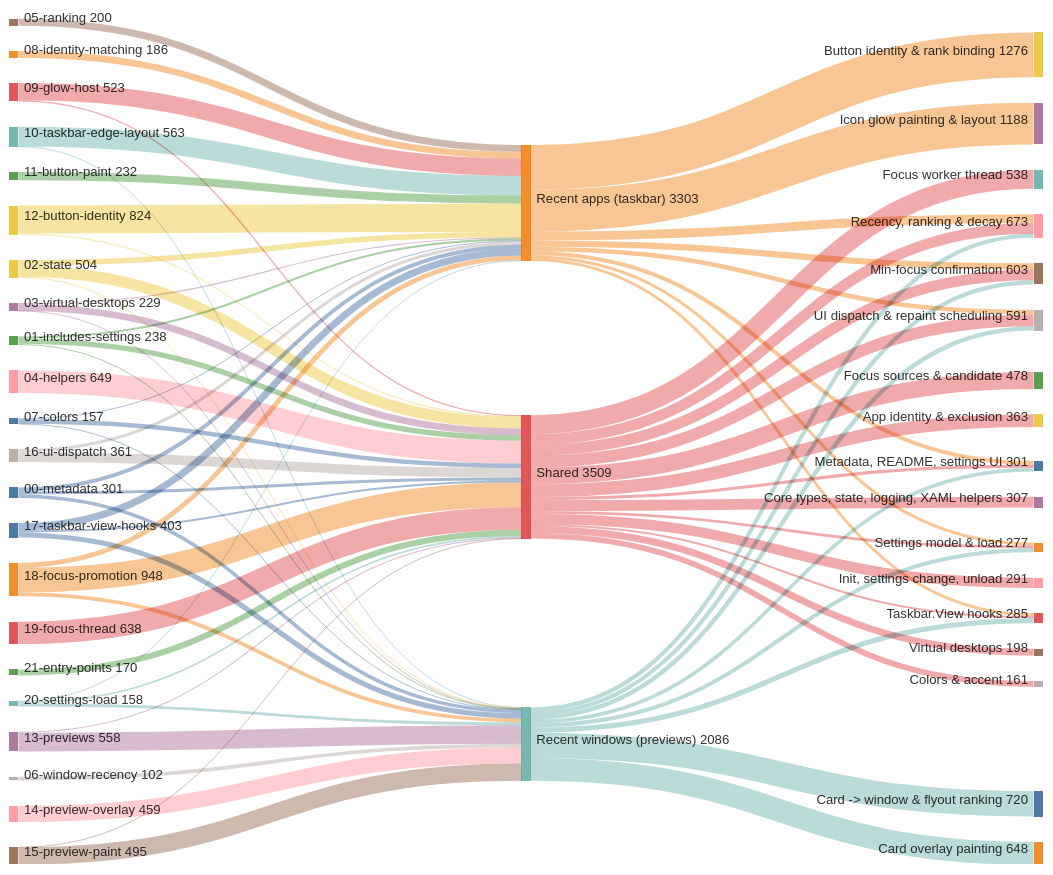
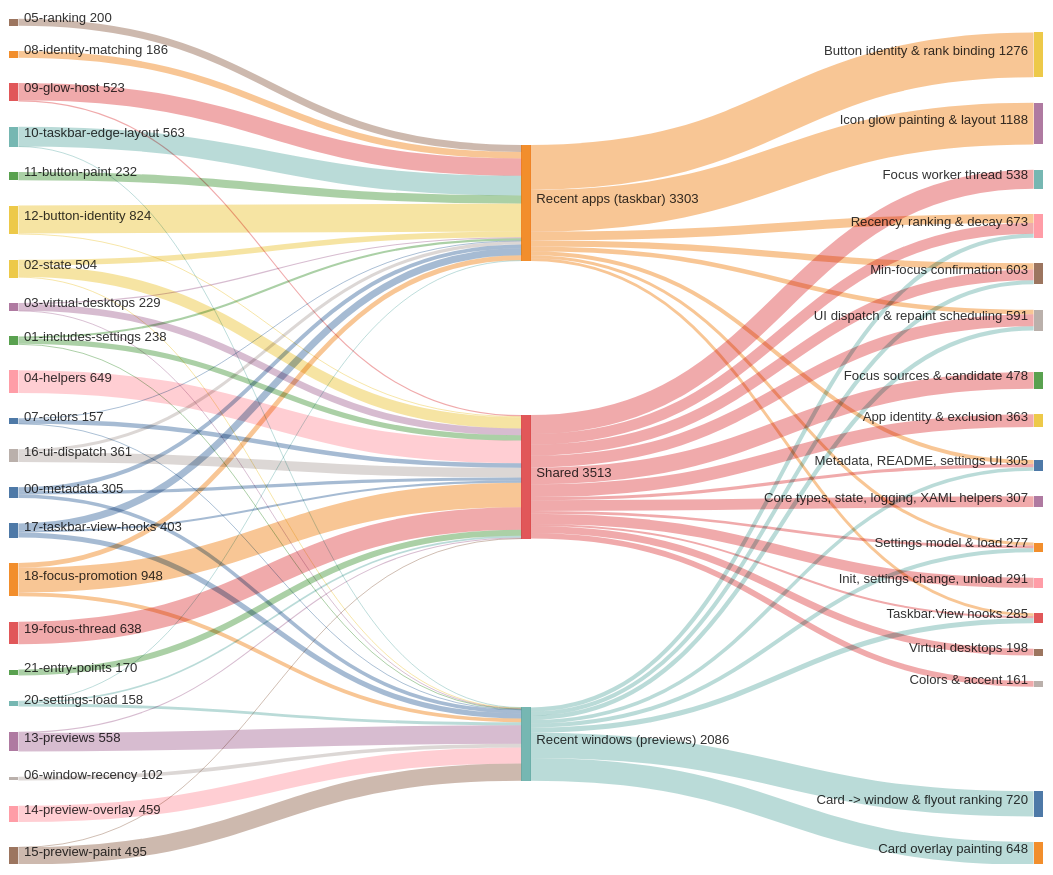
One commit to jvlasek/taskbar-recent-focus-highlight changed the second of 5 diagrams in doc/code/code-breakdown.md. Above: the diagram before and after it, drawn with Mermaid. The commit also changed other lines of this file and 3 other files, not shown here.

```diff
--- a/doc/code/code-breakdown.md
+++ b/doc/code/code-breakdown.md
@@ -38,7 +38,7 @@
 ---
 sankey-beta
 00-metadata,"Recent apps (taskbar)",113
-00-metadata,"Shared",86
+00-metadata,"Shared",90
 00-metadata,"Recent windows (previews)",102
 01-includes-settings,"Recent apps (taskbar)",60
 01-includes-settings,"Shared",150
@@ -99,7 +99,7 @@
 "Shared","Init, settings change, unload",291
 "Shared","Virtual desktops",198
 "Shared","Colors & accent",161
-"Shared","Metadata, README, settings UI",86
+"Shared","Metadata, README, settings UI",90
 "Shared","Settings model & load",76
 "Shared","Taskbar.View hooks",58
 "Recent windows (previews)","Card -> window & flyout ranking",720
```
